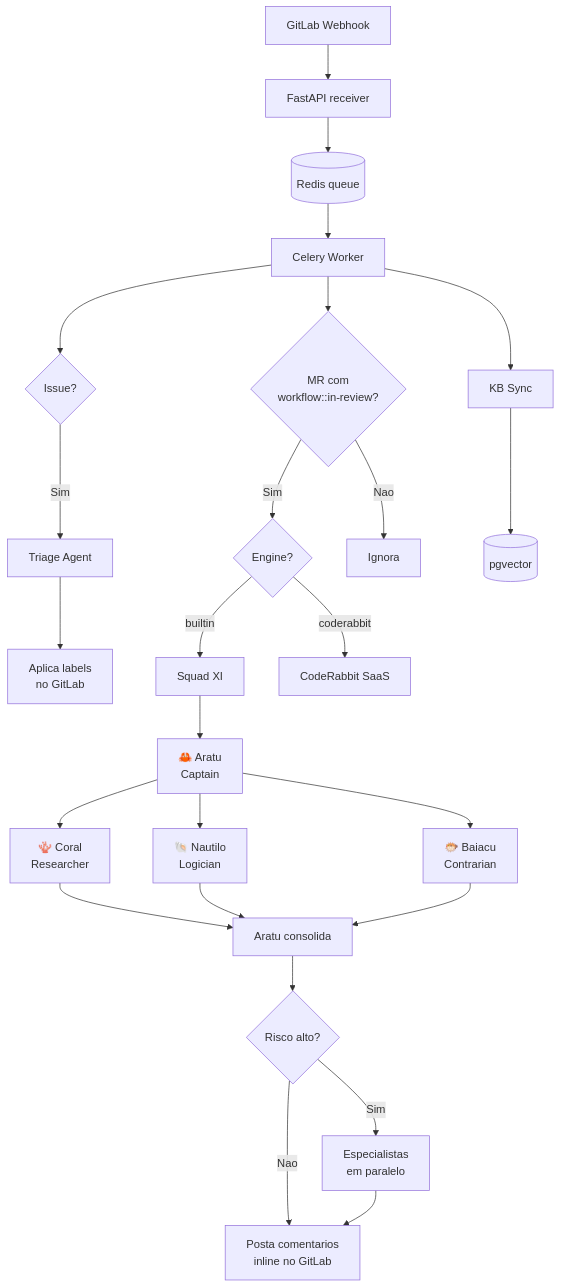
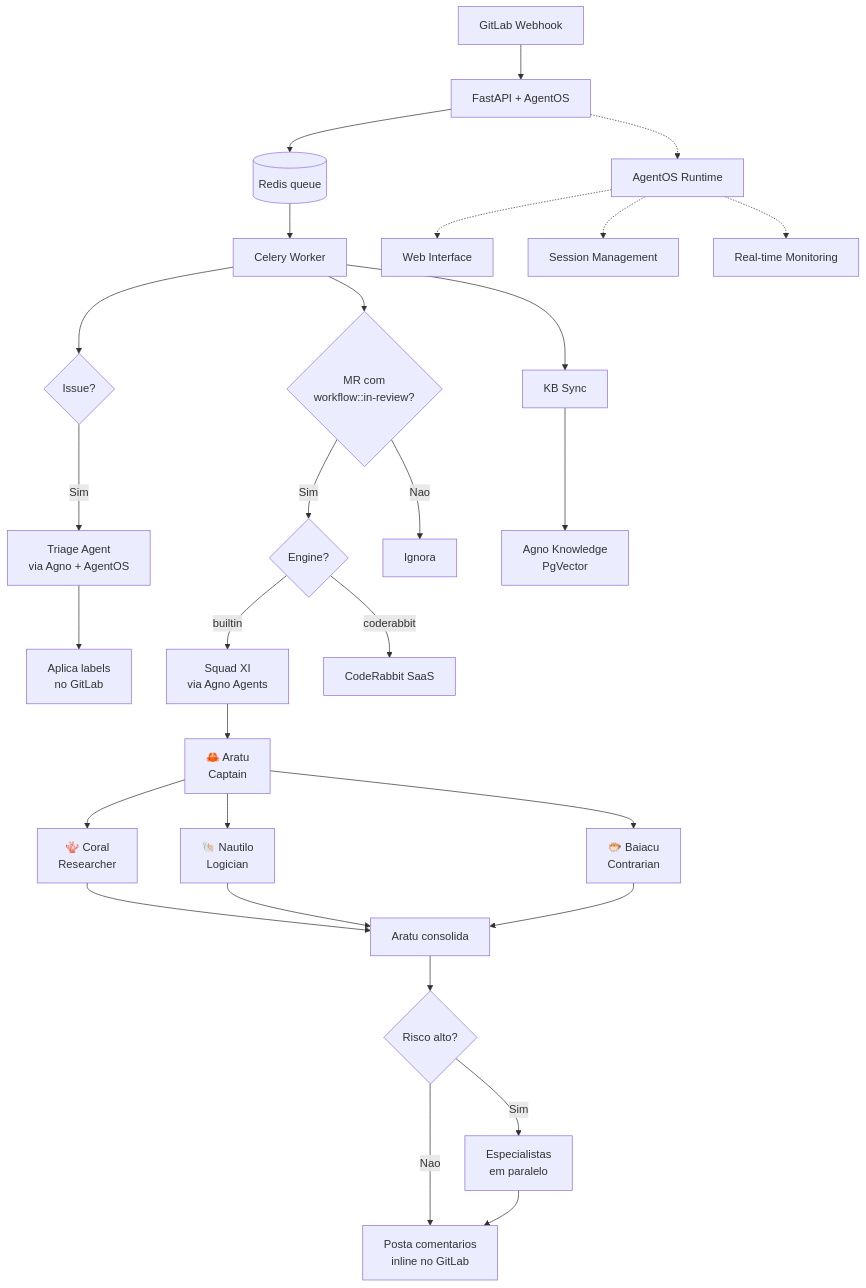
The first of 4 diagrams in README.md (pedruino/pedroclaw), drawn with Mermaid before and after one commit. The commit also changed other lines of this file and 25 other files, not shown here.

Commit message:
refact: adding agno agents and workflows

````diff
--- a/README.md
+++ b/README.md
@@ -100,33 +145,39 @@
 ```mermaid
 flowchart TD
-    GL[GitLab Webhook] --> API[FastAPI receiver]
+    GL[GitLab Webhook] --> API[FastAPI + AgentOS]
     API --> Redis[(Redis queue)]
     Redis --> Worker[Celery Worker]
 
     Worker --> Triage{Issue?}
     Worker --> Review{MR com<br/>workflow::in-review?}
     Worker --> KB[KB Sync]
 
-    Triage -->|Sim| TriageAgent[Triage Agent]
+    Triage -->|Sim| TriageAgent[Triage Agent<br/>via Agno + AgentOS]
     TriageAgent --> Labels[Aplica labels<br/>no GitLab]
 
     Review -->|Sim| Engine{Engine?}
     Review -->|Nao| Skip[Ignora]
 
-    Engine -->|builtin| Squad[Squad XI]
+    Engine -->|builtin| Squad[Squad XI<br/>via Agno Agents]
     Engine -->|coderabbit| CR[CodeRabbit SaaS]
 
     Squad --> Aratu[🦀 Aratu<br/>Captain]
     Aratu --> Coral[🪸 Coral<br/>Researcher]
     Aratu --> Nautilo[🐚 Nautilo<br/>Logician]
     Aratu --> Baiacu[🐡 Baiacu<br/>Contrarian]
     Coral --> Consolidate[Aratu consolida]
     Nautilo --> Consolidate
     Baiacu --> Consolidate
     Consolidate --> RiskCheck{Risco alto?}
     RiskCheck -->|Sim| Specialists[Especialistas<br/>em paralelo]
     RiskCheck -->|Nao| Post[Posta comentarios<br/>inline no GitLab]
     Specialists --> Post
 
-    KB --> pgvector[(pgvector)]
+    KB --> AgnoKB[Agno Knowledge<br/>PgVector]
+
+    %% AgentOS Layer
+    API -.-> AgentOS[AgentOS Runtime]
+    AgentOS -.-> WebUI[Web Interface]
+    AgentOS -.-> Sessions[Session Management]
+    AgentOS -.-> Monitor[Real-time Monitoring]
 ```
````
